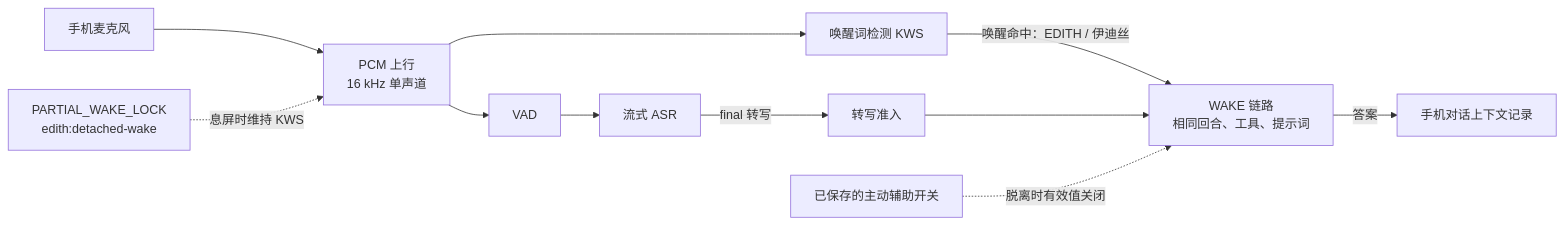
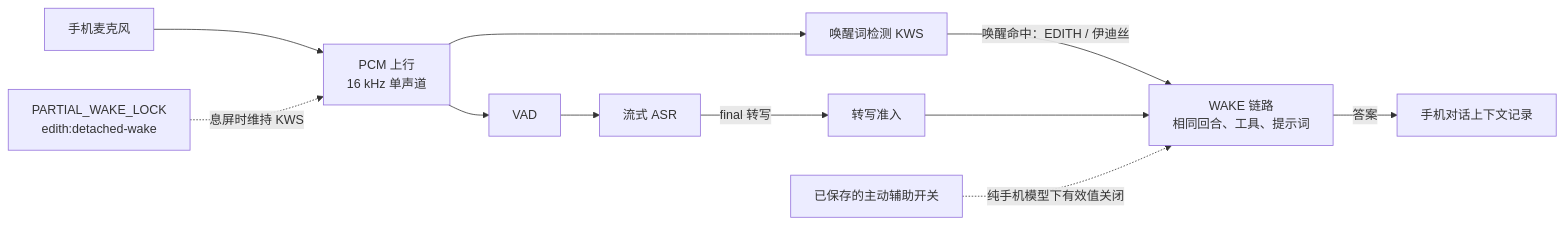
Before and after one commit to EdouardRichard/EDITH: the third of 3 diagrams in README.zh-CN.md, drawn with Mermaid. The commit also changed other lines of this file and 14 other files, not shown here.

````diff
--- a/README.zh-CN.md
+++ b/README.zh-CN.md
@@ -194,11 +203,11 @@
 ```mermaid
 flowchart LR
     MIC["手机麦克风"] --> ING["PCM 上行<br/>16 kHz 单声道"]
     ING --> KWS["唤醒词检测 KWS"]
     ING --> VAD["VAD"] --> ASR["流式 ASR"]
     KWS -- "唤醒命中：EDITH / 伊迪丝" --> CYCLE["WAKE 链路<br/>相同回合、工具、提示词"]
     ASR -- "final 转写" --> ADMIT["转写准入"] --> CYCLE
     CYCLE -- "答案" --> LOG["手机对话上下文记录"]
     LOCK["PARTIAL_WAKE_LOCK<br/>edith:detached-wake"] -. "息屏时维持 KWS" .-> ING
-    STORED["已保存的主动辅助开关"] -. "脱离时有效值关闭" .-> CYCLE
+    STORED["已保存的主动辅助开关"] -. "纯手机模型下有效值关闭" .-> CYCLE
 ```
````
